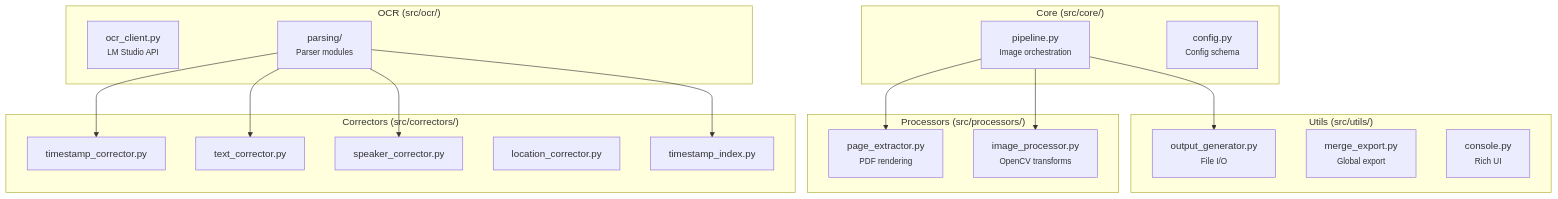
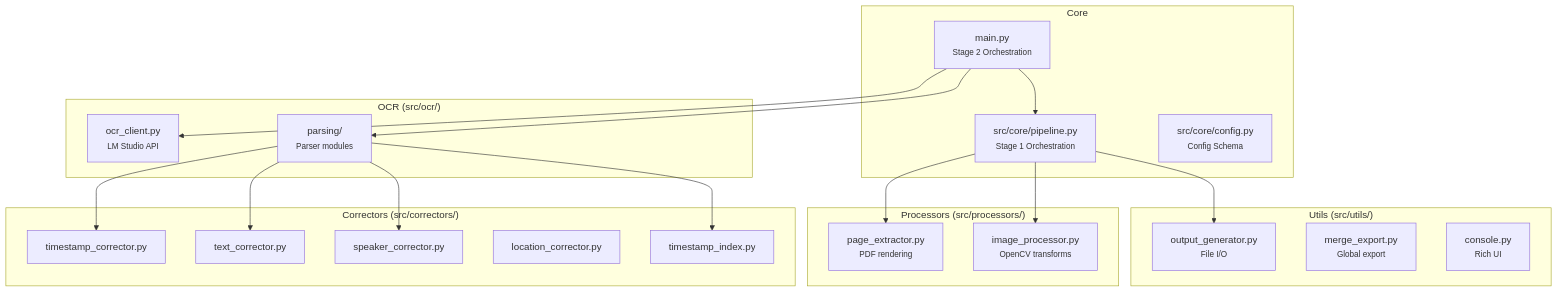
Before and after one commit to JeanLouisParent/Nasa-Transcript-Processor: the third of 5 diagrams in docs/ARCHITECTURE.md, drawn with Mermaid. The commit also changed other lines of this file and 7 other files, not shown here.

````diff
--- a/docs/ARCHITECTURE.md
+++ b/docs/ARCHITECTURE.md
@@ -162,39 +162,44 @@
 ```mermaid
 flowchart TB
-    subgraph Core ["Core (src/core/)"]
-        PIPE[pipeline.py<br/><small>Image orchestration</small>]
-        CONF[config.py<br/><small>Config schema</small>]
+    subgraph Core ["Core"]
+        MAIN[main.py<br/><small>Stage 2 Orchestration</small>]
+        PIPE[src/core/pipeline.py<br/><small>Stage 1 Orchestration</small>]
+        CONF[src/core/config.py<br/><small>Config Schema</small>]
     end
 
     subgraph Processors ["Processors (src/processors/)"]
         EXTM[page_extractor.py<br/><small>PDF rendering</small>]
         IMGM[image_processor.py<br/><small>OpenCV transforms</small>]
     end
 
     subgraph OCRMod ["OCR (src/ocr/)"]
         CLIENT[ocr_client.py<br/><small>LM Studio API</small>]
         PARSER[parsing/<br/><small>Parser modules</small>]
     end
 
     subgraph Correctors ["Correctors (src/correctors/)"]
         TSC[timestamp_corrector.py]
         TXC[text_corrector.py]
         SPC[speaker_corrector.py]
         LOC[location_corrector.py]
         TSI[timestamp_index.py]
     end
 
     subgraph Utils ["Utils (src/utils/)"]
         OUTG[output_generator.py<br/><small>File I/O</small>]
         MERG[merge_export.py<br/><small>Global export</small>]
         CONS[console.py<br/><small>Rich UI</small>]
     end
 
+    MAIN --> PIPE
     PIPE --> EXTM
     PIPE --> IMGM
     PIPE --> OUTG
+    
+    MAIN --> CLIENT
+    MAIN --> PARSER
     PARSER --> TSC
     PARSER --> TXC
     PARSER --> SPC
     PARSER --> TSI
 ```
````
